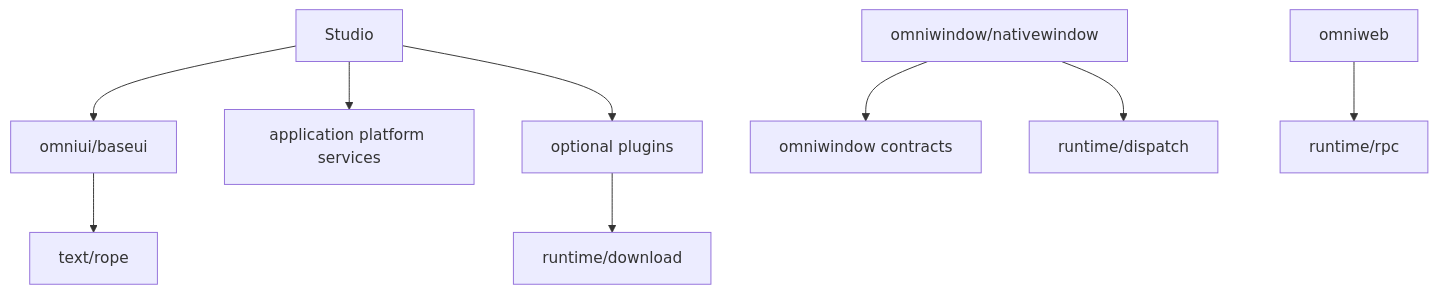
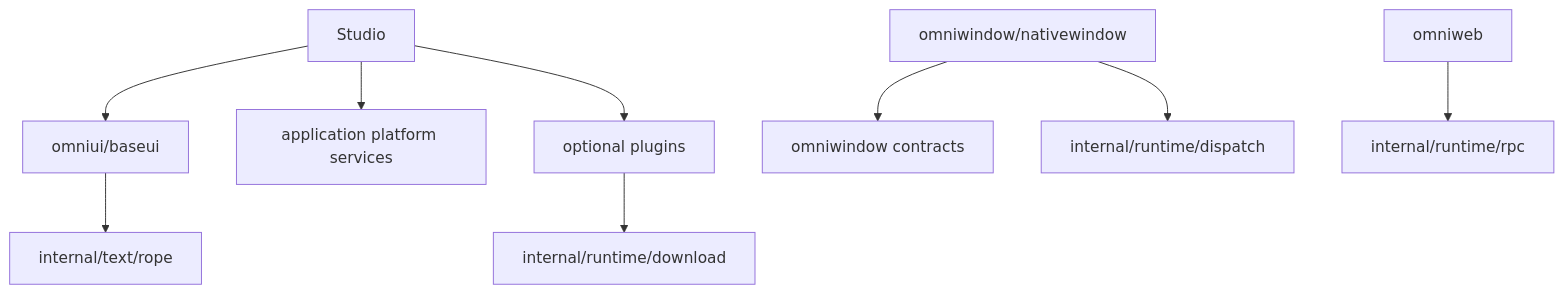
One commit to herlanai/omnigo changed the diagram in docs/architecture.md. Above: the diagram before and after it, drawn with Mermaid. The commit also changed other lines of this file and 135 other files, not shown here.

````diff
--- a/docs/architecture.md
+++ b/docs/architecture.md
@@ -25,11 +25,11 @@
 ```mermaid
 flowchart TD
     Studio --> BaseUI[omniui/baseui]
     Studio --> Apps[application platform services]
     Studio --> Plugins[optional plugins]
-    BaseUI --> Rope[text/rope]
+    BaseUI --> Rope[internal/text/rope]
     Native[omniwindow/nativewindow] --> Contract[omniwindow contracts]
-    Native --> Dispatch[runtime/dispatch]
-    Plugins --> Download[runtime/download]
-    Web[omniweb] --> RPC[runtime/rpc]
+    Native --> Dispatch[internal/runtime/dispatch]
+    Plugins --> Download[internal/runtime/download]
+    Web[omniweb] --> RPC[internal/runtime/rpc]
 ```
````
